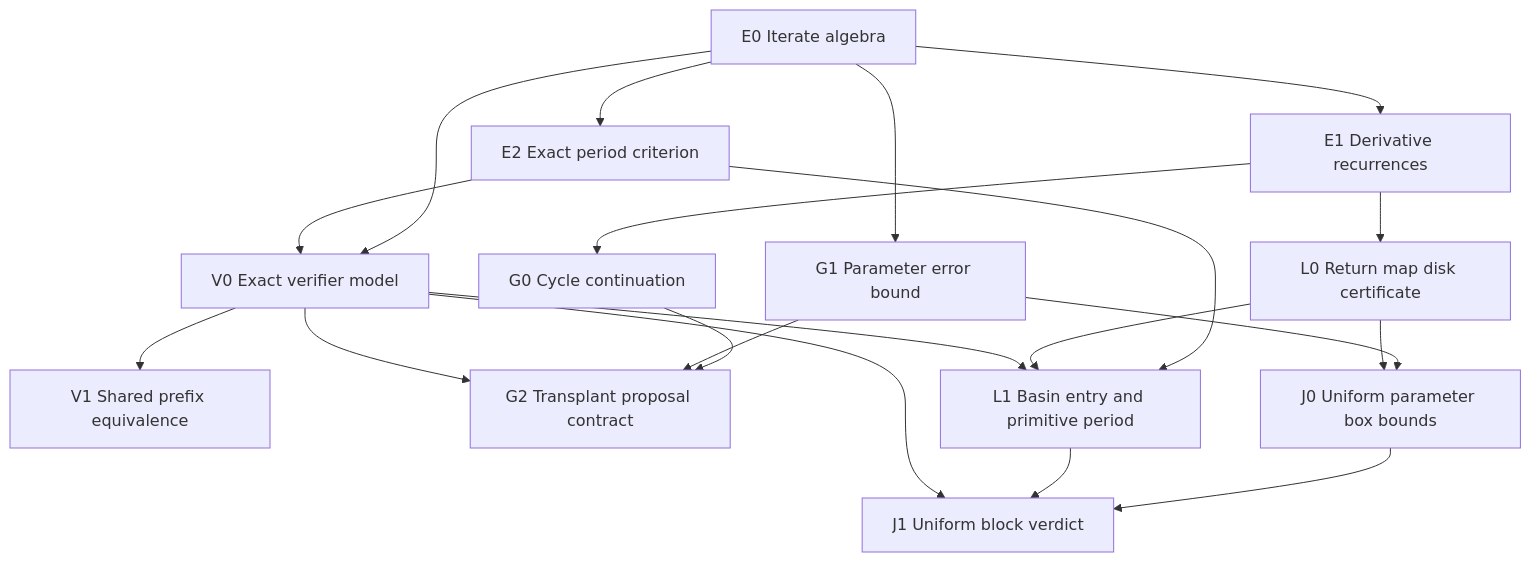
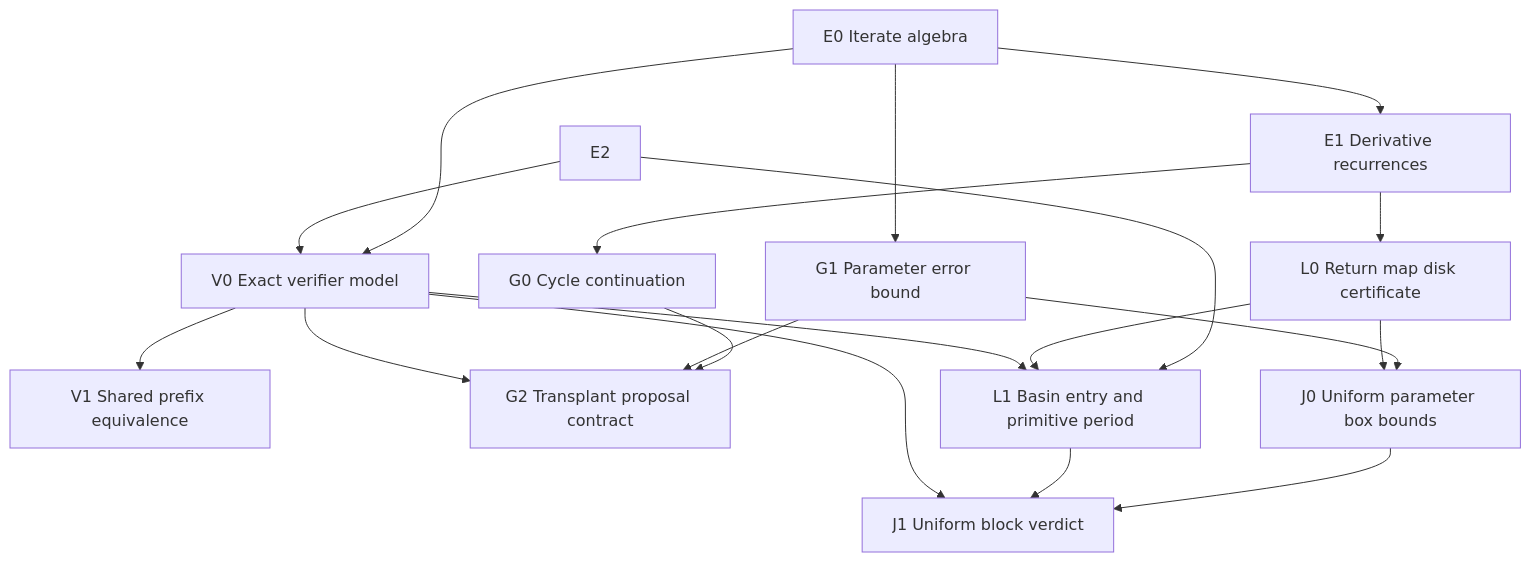
Before and after one commit to Aaron-Fine/int-M-: the diagram in docs/verification/LEAN-PROOF-DAG.md, drawn with Mermaid.

Commit message:
docs: keep generic period theorem independent of quadratic iterate setup

````diff
--- a/docs/verification/LEAN-PROOF-DAG.md
+++ b/docs/verification/LEAN-PROOF-DAG.md
@@ -10,22 +10,21 @@
 ```mermaid
 flowchart TD
   E0["E0 Iterate algebra"] --> E1["E1 Derivative recurrences"]
-  E0 --> E2["E2 Exact period criterion"]
   E0 --> V0["V0 Exact verifier model"]
   E2 --> V0
   V0 --> V1["V1 Shared prefix equivalence"]
   E1 --> G0["G0 Cycle continuation"]
   E0 --> G1["G1 Parameter error bound"]
   G0 --> G2["G2 Transplant proposal contract"]
   G1 --> G2
   V0 --> G2
   E1 --> L0["L0 Return map disk certificate"]
   E2 --> L1["L1 Basin entry and primitive period"]
   L0 --> L1
   V0 --> L1
   G1 --> J0["J0 Uniform parameter box bounds"]
   L0 --> J0
   J0 --> J1["J1 Uniform block verdict"]
   L1 --> J1
   V0 --> J1
 ```
````
